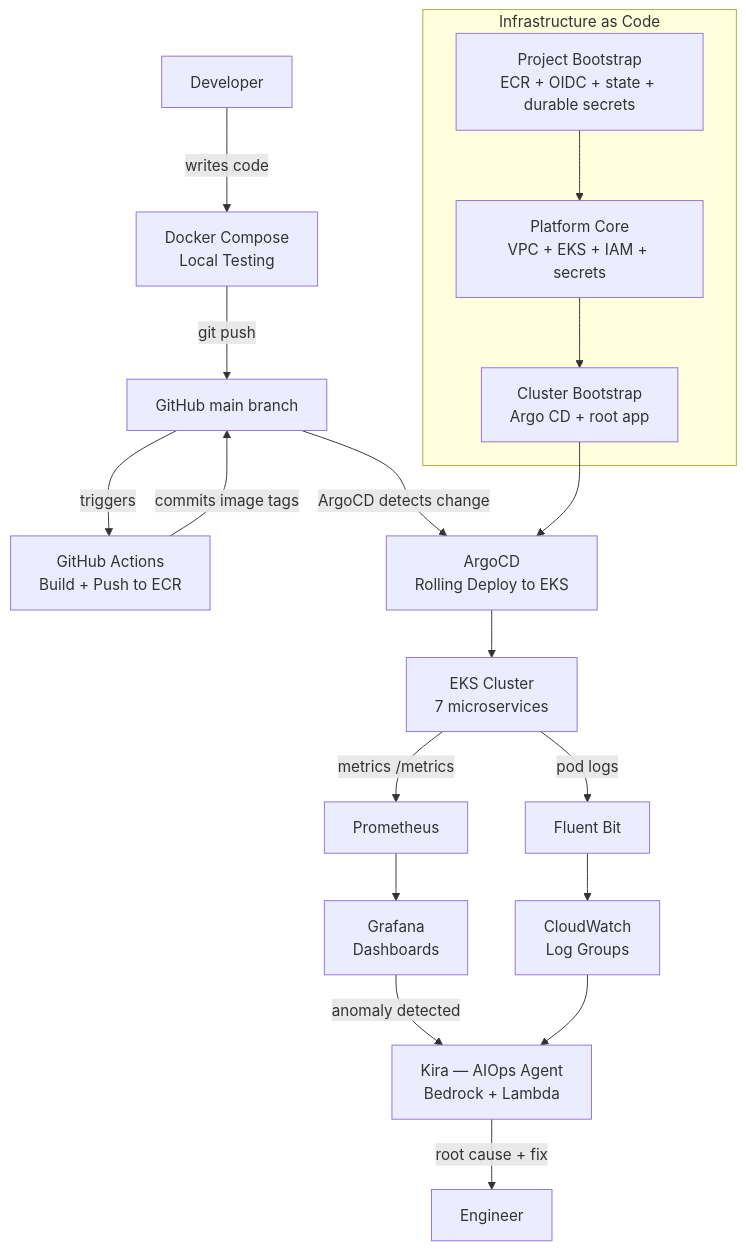
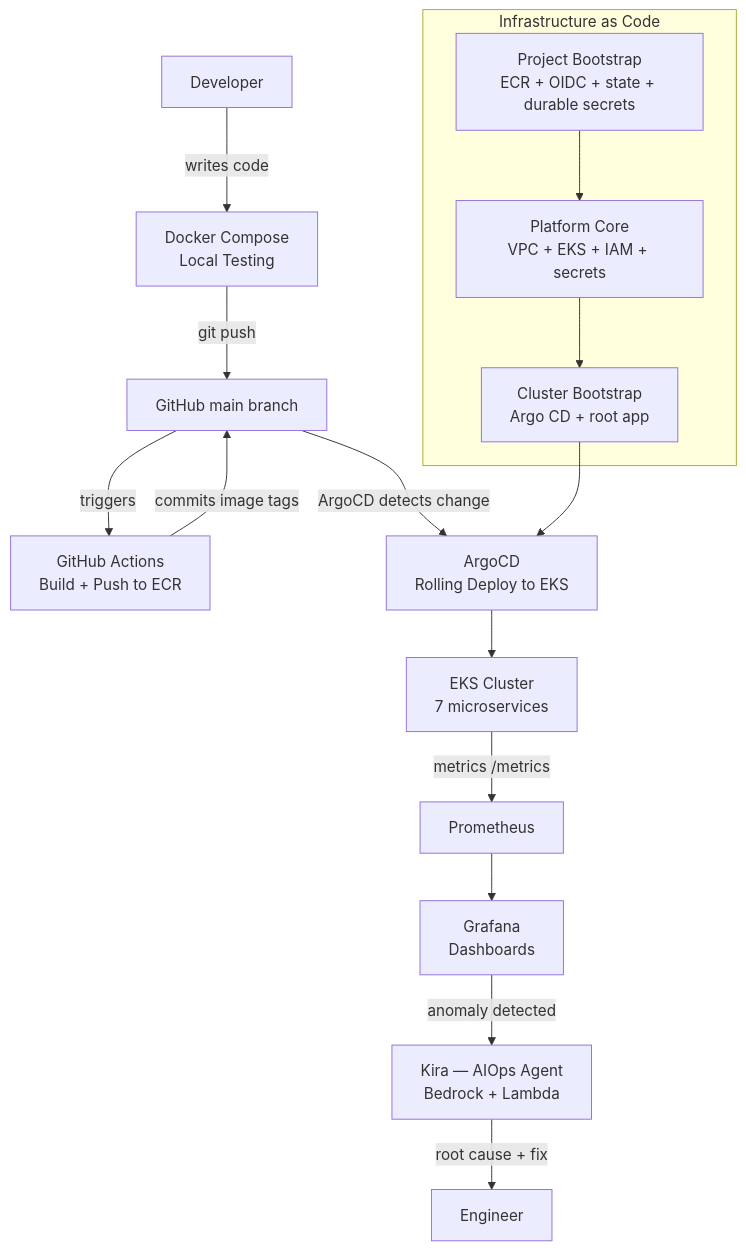
The tenth of 10 diagrams in docs/onboard.md (noidilin/hiraya), drawn with Mermaid before and after one commit. The commit also changed other lines of this file and 16 other files, not shown here.

Commit message:
docs: update documentation and runbook to sync with architecture after refactor

````diff
--- a/docs/onboard.md
+++ b/docs/onboard.md
@@ -435,25 +428,22 @@
 ```mermaid
 flowchart TD
     Dev[ Developer] -->|writes code| Local[Docker Compose\nLocal Testing]
     Local -->|git push| GH[GitHub main branch]
     GH -->|triggers| CI[GitHub Actions\nBuild + Push to ECR]
     CI -->|commits image tags| GH
     GH -->|ArgoCD detects change| Argo[ArgoCD\nRolling Deploy to EKS]
     Argo --> EKS[EKS Cluster\n7 microservices]
     EKS -->|metrics /metrics| Prom[Prometheus]
-    EKS -->|pod logs| FB[Fluent Bit]
     Prom --> Grafana[Grafana\nDashboards]
-    FB --> CW[CloudWatch\nLog Groups]
     Grafana -->|anomaly detected| Kira[Kira — AIOps Agent\nBedrock + Lambda]
-    CW --> Kira
     Kira -->|root cause + fix| Eng[ Engineer]
 
     subgraph IaC [Infrastructure as Code]
         PB[Project Bootstrap\nECR + OIDC + state + durable secrets]
         PC[Platform Core\nVPC + EKS + IAM + secrets]
         CB[Cluster Bootstrap\nArgo CD + root app]
     end
     PB --> PC
     PC --> CB
     CB --> Argo
 ```
````
